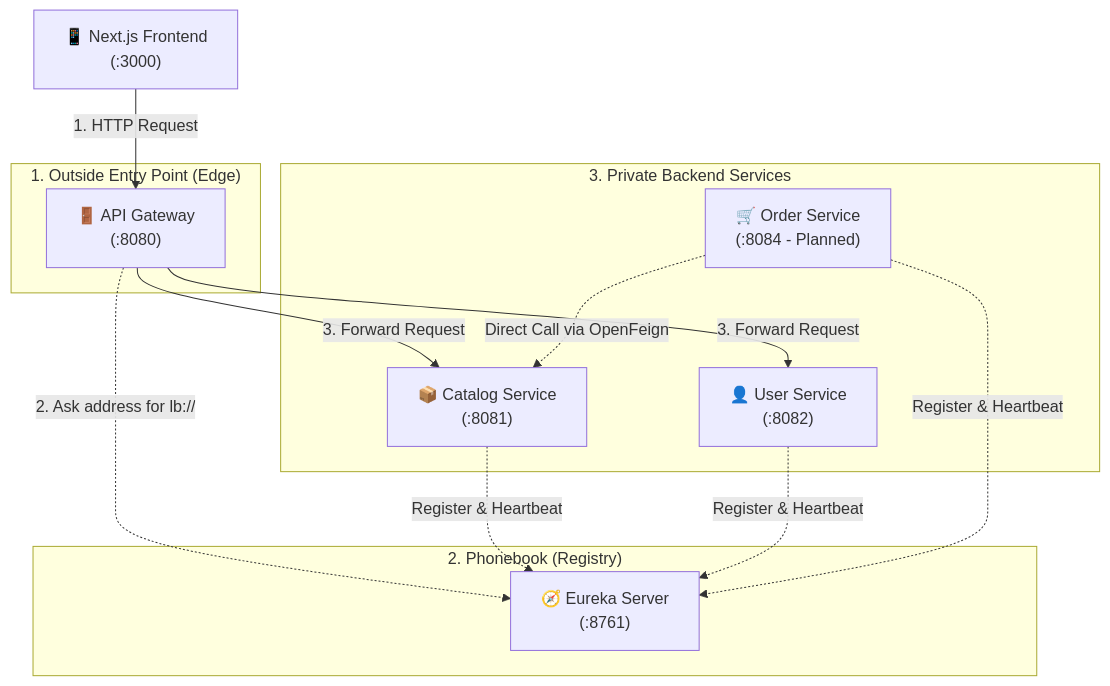
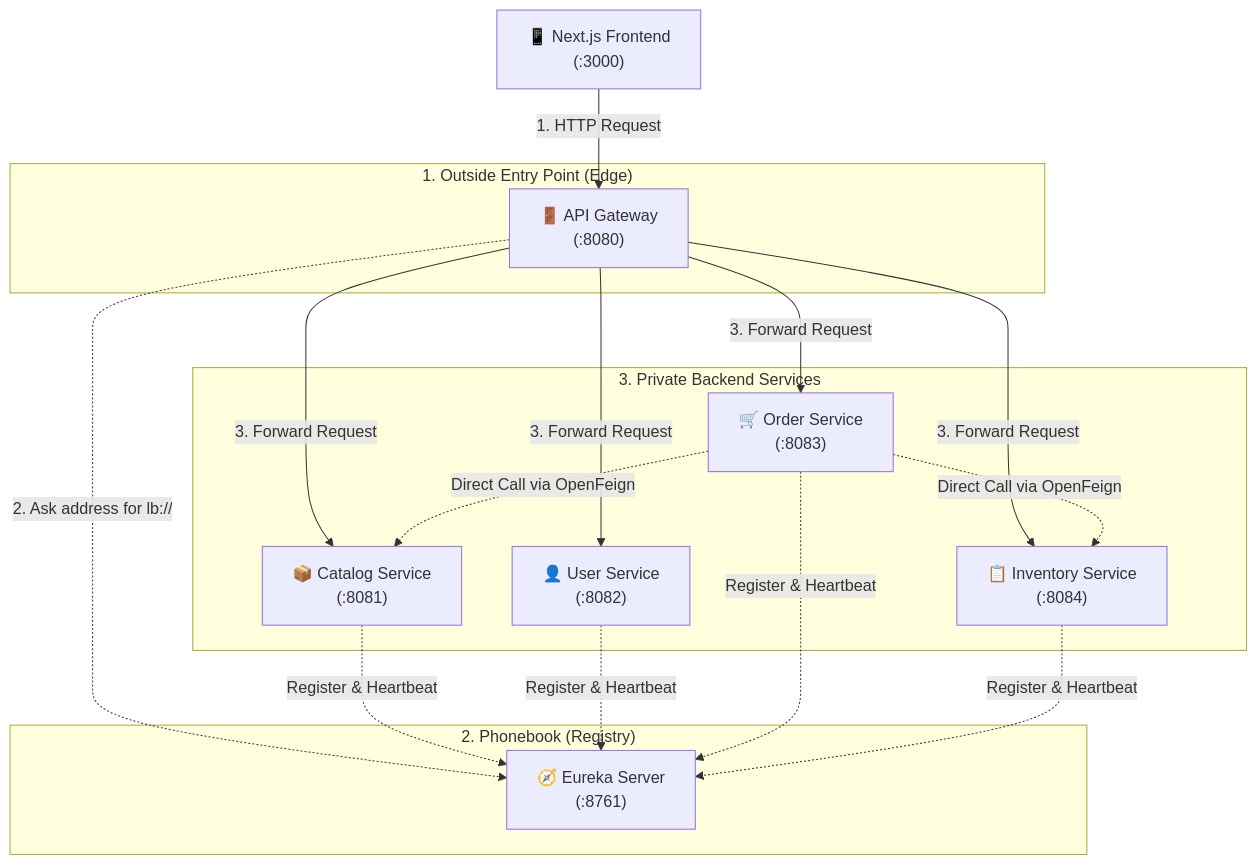
The first of 8 diagrams in FLOW.md (aaron18072002/eSupermarket), drawn with Mermaid before and after one commit. The commit also changed other lines of this file and 67 other files, not shown here.

````diff
--- a/FLOW.md
+++ b/FLOW.md
@@ -13,32 +13,37 @@
 ```mermaid
 flowchart TD
     Client["📱 Next.js Frontend\n(:3000)"]
     
     subgraph Edge ["1. Outside Entry Point (Edge)"]
         GW["🚪 API Gateway\n(:8080)"]
     end
 
     subgraph Discovery ["2. Phonebook (Registry)"]
         EUK["🧭 Eureka Server\n(:8761)"]
     end
 
     subgraph Internal ["3. Private Backend Services"]
         CS["📦 Catalog Service\n(:8081)"]
         US["👤 User Service\n(:8082)"]
-        OS["🛒 Order Service\n(:8084 - Planned)"]
+        OS["🛒 Order Service\n(:8083)"]
+        IS["📋 Inventory Service\n(:8084)"]
     end
 
     %% North-South Traffic
     Client -->|1. HTTP Request| GW
     GW -.->|2. Ask address for lb://| EUK
     GW -->|3. Forward Request| CS
     GW -->|3. Forward Request| US
+    GW -->|3. Forward Request| OS
+    GW -->|3. Forward Request| IS
 
     %% East-West Traffic
     OS -.->|Direct Call via OpenFeign| CS
+    OS -.->|Direct Call via OpenFeign| IS
 
     %% Service Registration
     CS -.->|Register & Heartbeat| EUK
     US -.->|Register & Heartbeat| EUK
     OS -.->|Register & Heartbeat| EUK
+    IS -.->|Register & Heartbeat| EUK
 ```
````
